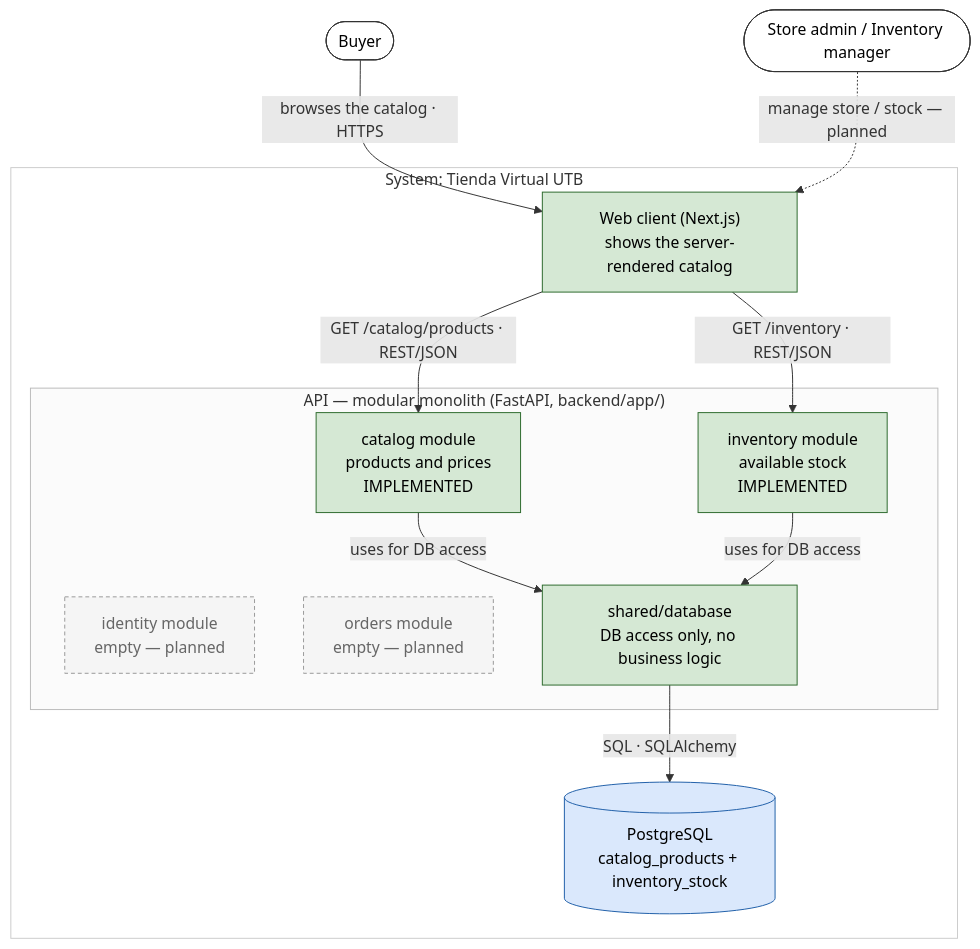
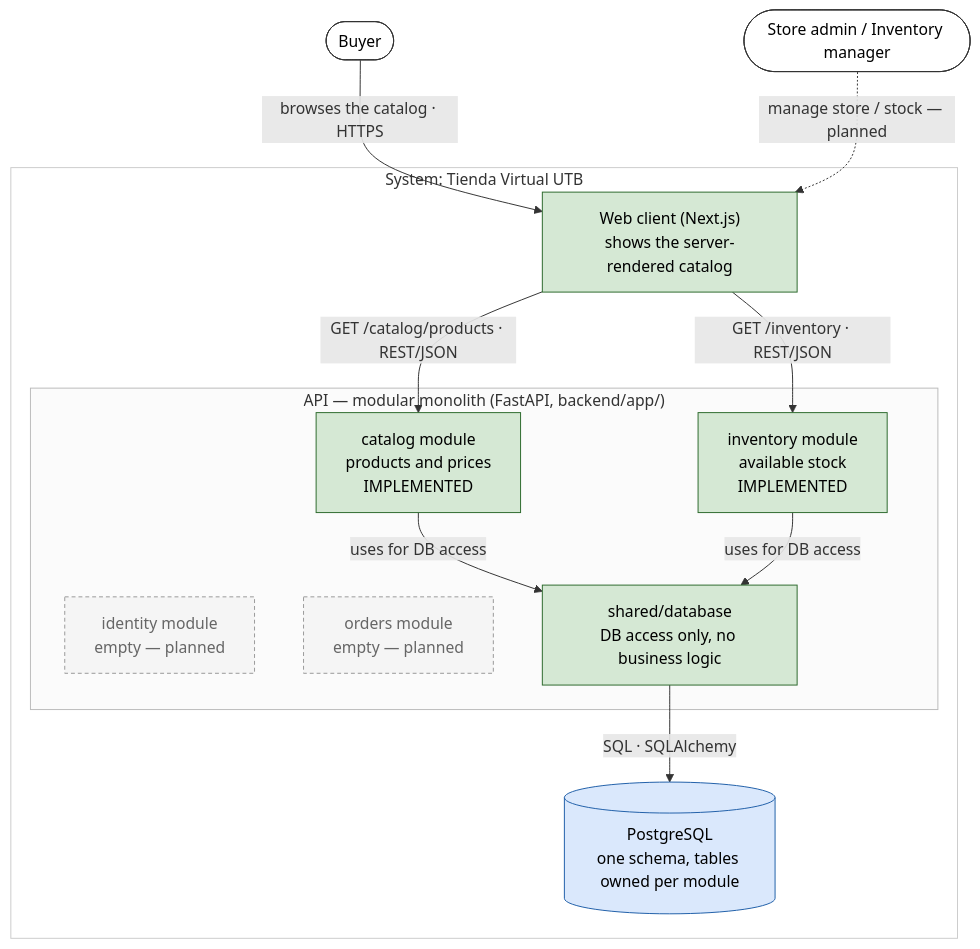
The second of 7 diagrams in docs/arc42/arc42-template-EN.md (ISCOUTB/AS_202620_TIENDA-VIRTUAL-UTB), drawn with Mermaid before and after one commit. The commit also changed other lines of this file and 13 other files, not shown here.

````diff
--- a/docs/arc42/arc42-template-EN.md
+++ b/docs/arc42/arc42-template-EN.md
@@ -235,32 +235,32 @@
 ```mermaid
 flowchart TB
     buyer([Buyer]):::actor
     staff([Store admin / Inventory manager]):::actor
 
     subgraph system["System: Tienda Virtual UTB"]
         web["Web client (Next.js)<br/>shows the server-rendered catalog"]:::impl
         subgraph api["API — modular monolith (FastAPI, backend/app/)"]
             catalog["catalog module<br/>products and prices<br/>IMPLEMENTED"]:::impl
             identity["identity module<br/>empty — planned"]:::todo
             inventory["inventory module<br/>available stock<br/>IMPLEMENTED"]:::impl
             orders["orders module<br/>empty — planned"]:::todo
             shared["shared/database<br/>DB access only, no business logic"]:::impl
         end
-        db[("PostgreSQL<br/>catalog_products + inventory_stock")]:::data
+        db[("PostgreSQL<br/>one schema, tables owned per module")]:::data
     end
 
     buyer -->|"browses the catalog · HTTPS"| web
     staff -.->|"manage store / stock — planned"| web
     web -->|"GET /catalog/products · REST/JSON"| catalog
     web -->|"GET /inventory · REST/JSON"| inventory
     catalog -->|"uses for DB access"| shared
     inventory -->|"uses for DB access"| shared
     shared -->|"SQL · SQLAlchemy"| db
 
     classDef actor fill:#ffffff,stroke:#333333,color:#000000
     classDef impl fill:#d5e8d4,stroke:#2d6a2d,color:#000000
     classDef todo fill:#f5f5f5,stroke:#999999,color:#666666,stroke-dasharray:4 3
     classDef data fill:#dae8fc,stroke:#1f5fa8,color:#000000
     style system fill:#ffffff,stroke:#cccccc
     style api fill:#fbfbfb,stroke:#bbbbbb
 ```
````
